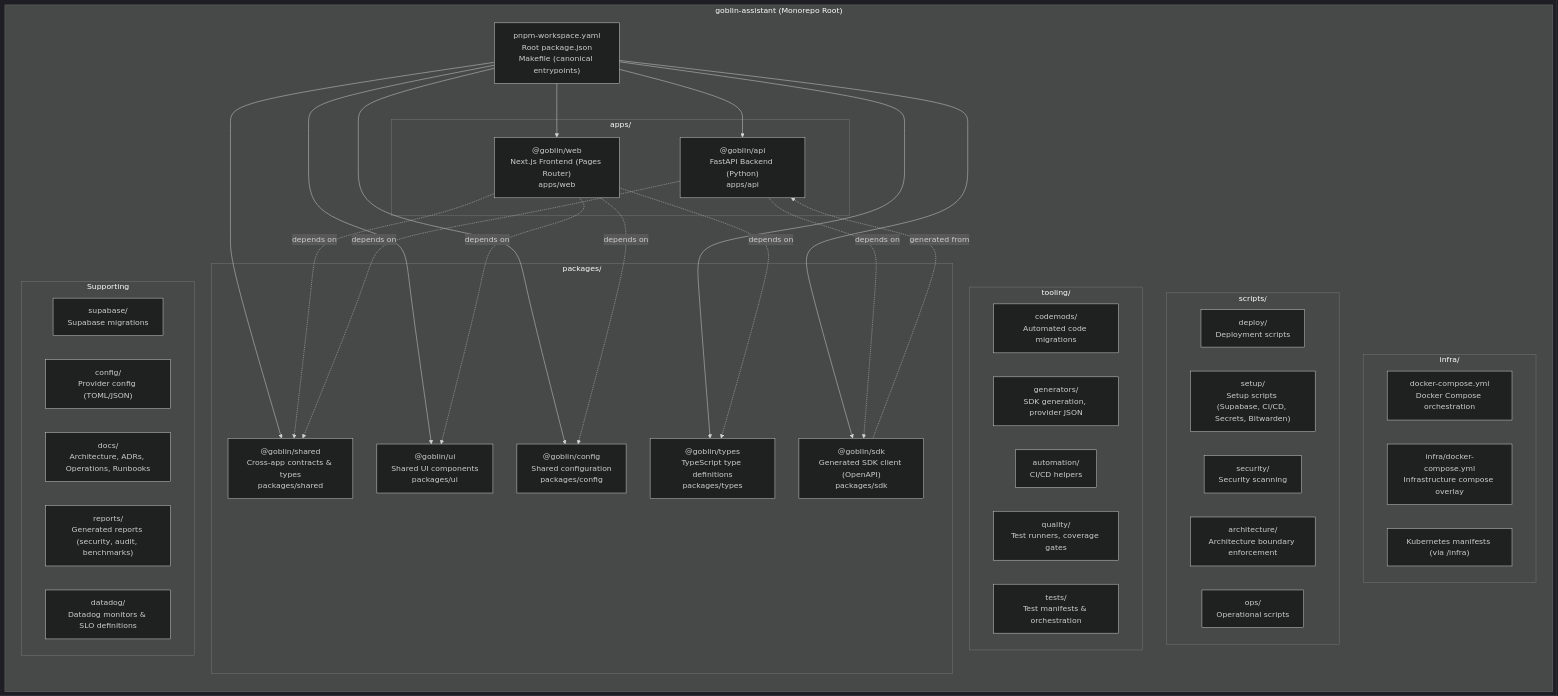
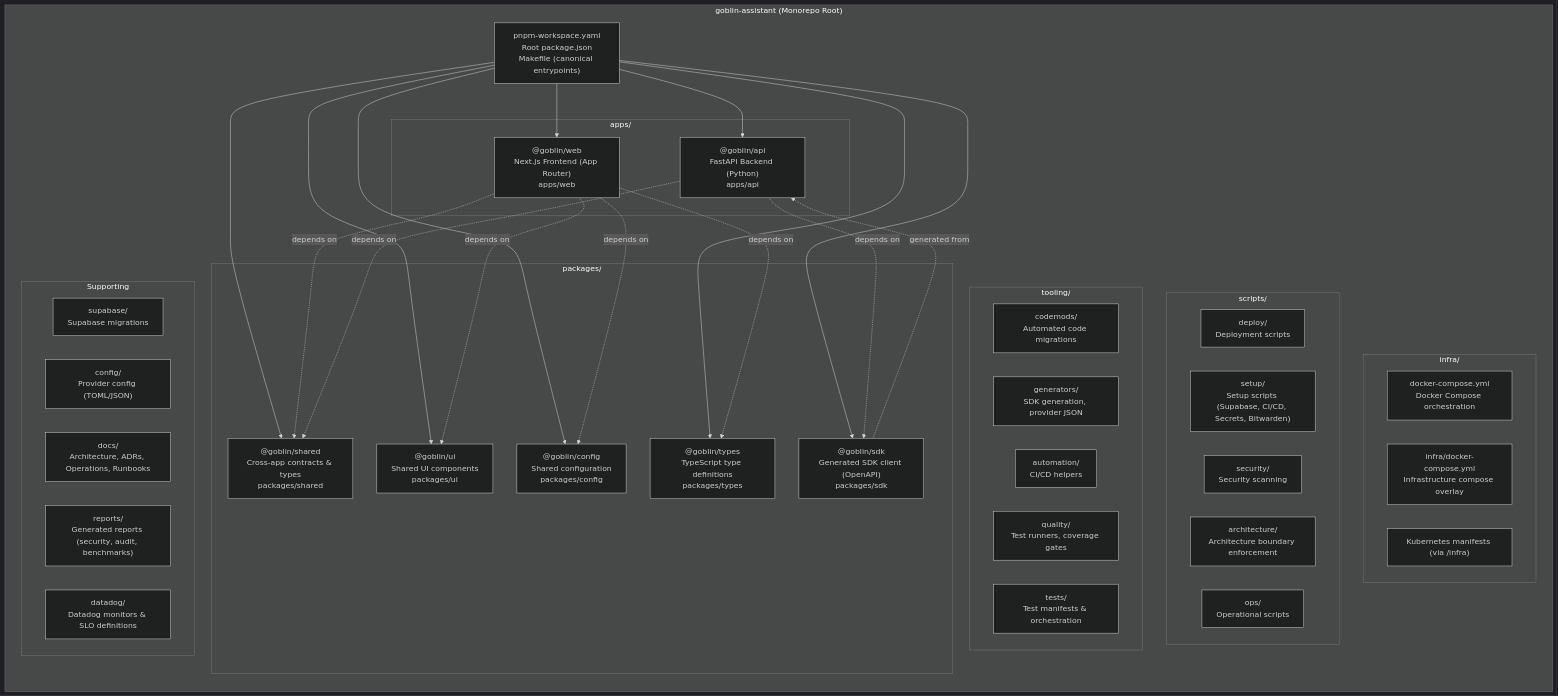
The first of 8 diagrams in docs/architecture/WORKSPACE_ARCHITECTURE_DIAGRAM.md (fuaadabdullah/goblin-assistant), drawn with Mermaid (dark theme) before and after one commit. The commit also changed other lines of this file and 19 other files, not shown here.

````diff
--- a/docs/architecture/WORKSPACE_ARCHITECTURE_DIAGRAM.md
+++ b/docs/architecture/WORKSPACE_ARCHITECTURE_DIAGRAM.md
@@ -5,66 +5,66 @@
 ```mermaid
 graph TB
     subgraph "goblin-assistant (Monorepo Root)"
         direction TB
         ROOT["pnpm-workspace.yaml<br/>Root package.json<br/>Makefile (canonical entrypoints)"]
 
         subgraph "apps/"
-            WEB["@goblin/web<br/>Next.js Frontend (Pages Router)<br/>apps/web"]
+            WEB["@goblin/web<br/>Next.js Frontend (App Router)<br/>apps/web"]
             API["@goblin/api<br/>FastAPI Backend (Python)<br/>apps/api"]
         end
 
         subgraph "packages/"
             SHARED["@goblin/shared<br/>Cross-app contracts & types<br/>packages/shared"]
             UI["@goblin/ui<br/>Shared UI components<br/>packages/ui"]
             CONFIG["@goblin/config<br/>Shared configuration<br/>packages/config"]
             TYPES["@goblin/types<br/>TypeScript type definitions<br/>packages/types"]
             SDK["@goblin/sdk<br/>Generated SDK client (OpenAPI)<br/>packages/sdk"]
         end
 
         subgraph "infra/"
             DOCKER["docker-compose.yml<br/>Docker Compose orchestration"]
             INFRA_DOCKER["infra/docker-compose.yml<br/>Infrastructure compose overlay"]
             K8S["Kubernetes manifests (via /infra)"]
         end
 
         subgraph "scripts/"
             DEPLOY["deploy/<br/>Deployment scripts"]
             SETUP["setup/<br/>Setup scripts (Supabase, CI/CD, Secrets, Bitwarden)"]
             SECURITY["security/<br/>Security scanning"]
             ARCH_CHECKS["architecture/<br/>Architecture boundary enforcement"]
             OPS["ops/<br/>Operational scripts"]
         end
 
         subgraph "tooling/"
             CODEMODS["codemods/<br/>Automated code migrations"]
             GENERATORS["generators/<br/>SDK generation, provider JSON"]
             AUTOMATION["automation/<br/>CI/CD helpers"]
             QUALITY["quality/<br/>Test runners, coverage gates"]
             TESTS["tests/<br/>Test manifests & orchestration"]
         end
 
         subgraph "Supporting"
             SUPABASE["supabase/<br/>Supabase migrations"]
             CONFIG_DIR["config/<br/>Provider config (TOML/JSON)"]
             DOCS["docs/<br/>Architecture, ADRs, Operations, Runbooks"]
             REPORTS["reports/<br/>Generated reports (security, audit, benchmarks)"]
             DATADOG["datadog/<br/>Datadog monitors & SLO definitions"]
         end
     end
 
     ROOT --> WEB
     ROOT --> API
     ROOT --> SHARED
     ROOT --> UI
     ROOT --> CONFIG
     ROOT --> TYPES
     ROOT --> SDK
 
     WEB -.->|"depends on"| SHARED
     WEB -.->|"depends on"| UI
     WEB -.->|"depends on"| CONFIG
     WEB -.->|"depends on"| TYPES
     API -.->|"depends on"| SHARED
     API -.->|"depends on"| SDK
     SDK -.->|"generated from"| API
 ```
````
